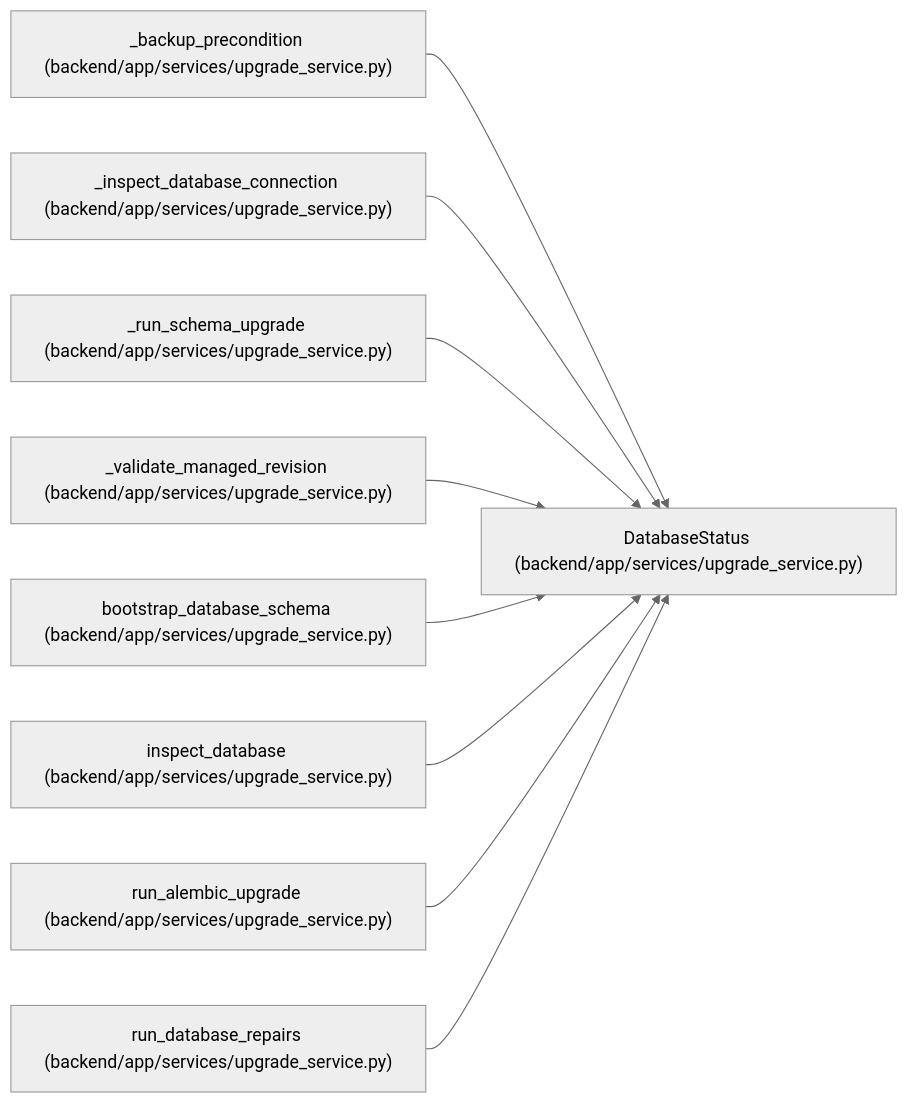
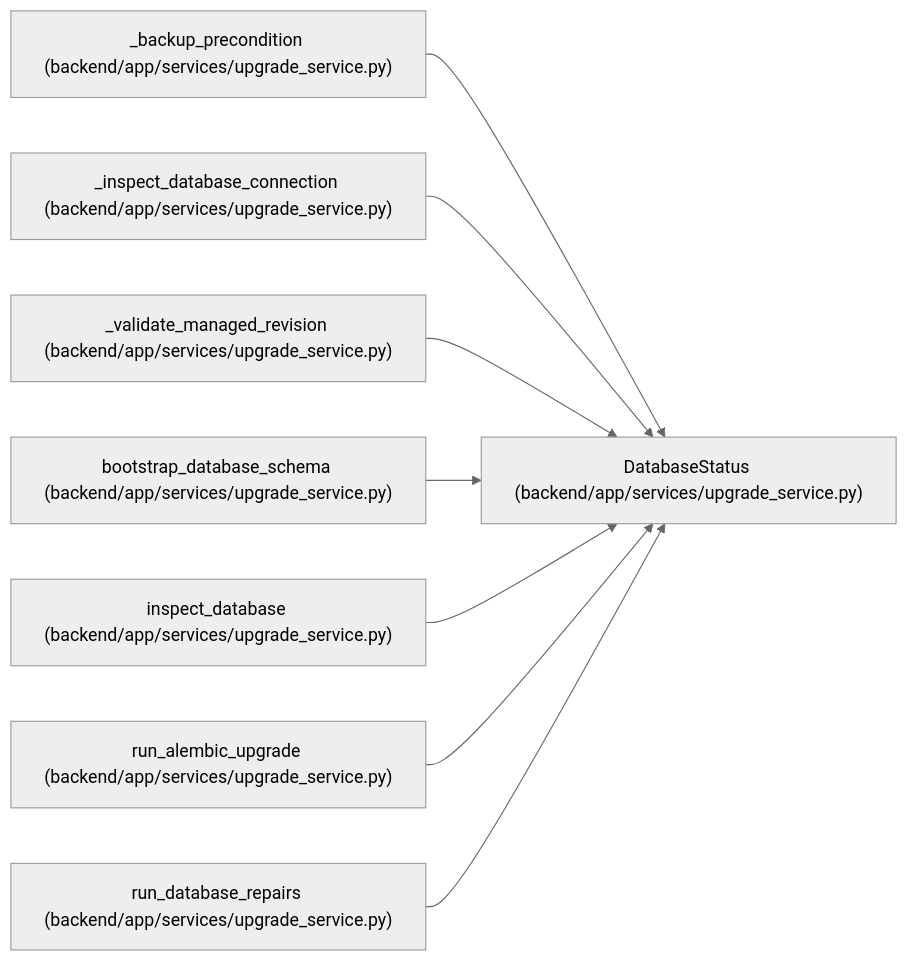
Before and after one commit to Denissvgn/WorkChord: the diagram in docs/llm_wiki/entities/DatabaseStatus.md, drawn with Mermaid (neutral theme). The commit also changed other lines of this file and 778 other files, not shown here.

````diff
--- a/docs/llm_wiki/entities/DatabaseStatus.md
+++ b/docs/llm_wiki/entities/DatabaseStatus.md
@@ -34,29 +35,26 @@
 ```mermaid
 flowchart LR
     n0["DatabaseStatus (backend/app/services/upgrade_service.py)"]
     n1["_backup_precondition (backend/app/services/upgrade_service.py)"]
     n2["_inspect_database_connection (backend/app/services/upgrade_service.py)"]
-    n3["_run_schema_upgrade (backend/app/services/upgrade_service.py)"]
-    n4["_validate_managed_revision (backend/app/services/upgrade_service.py)"]
-    n5["bootstrap_database_schema (backend/app/services/upgrade_service.py)"]
-    n6["inspect_database (backend/app/services/upgrade_service.py)"]
-    n7["run_alembic_upgrade (backend/app/services/upgrade_service.py)"]
-    n8["run_database_repairs (backend/app/services/upgrade_service.py)"]
+    n3["_validate_managed_revision (backend/app/services/upgrade_service.py)"]
+    n4["bootstrap_database_schema (backend/app/services/upgrade_service.py)"]
+    n5["inspect_database (backend/app/services/upgrade_service.py)"]
+    n6["run_alembic_upgrade (backend/app/services/upgrade_service.py)"]
+    n7["run_database_repairs (backend/app/services/upgrade_service.py)"]
     n1 --> n0
     n2 --> n0
     n3 --> n0
     n4 --> n0
     n5 --> n0
     n6 --> n0
     n7 --> n0
-    n8 --> n0
     click n0 "../modules/upgrade_service.md"
     click n1 "../modules/upgrade_service.md"
     click n2 "../modules/upgrade_service.md"
     click n3 "../modules/upgrade_service.md"
     click n4 "../modules/upgrade_service.md"
     click n5 "../modules/upgrade_service.md"
     click n6 "../modules/upgrade_service.md"
     click n7 "../modules/upgrade_service.md"
-    click n8 "../modules/upgrade_service.md"
 ```
````
